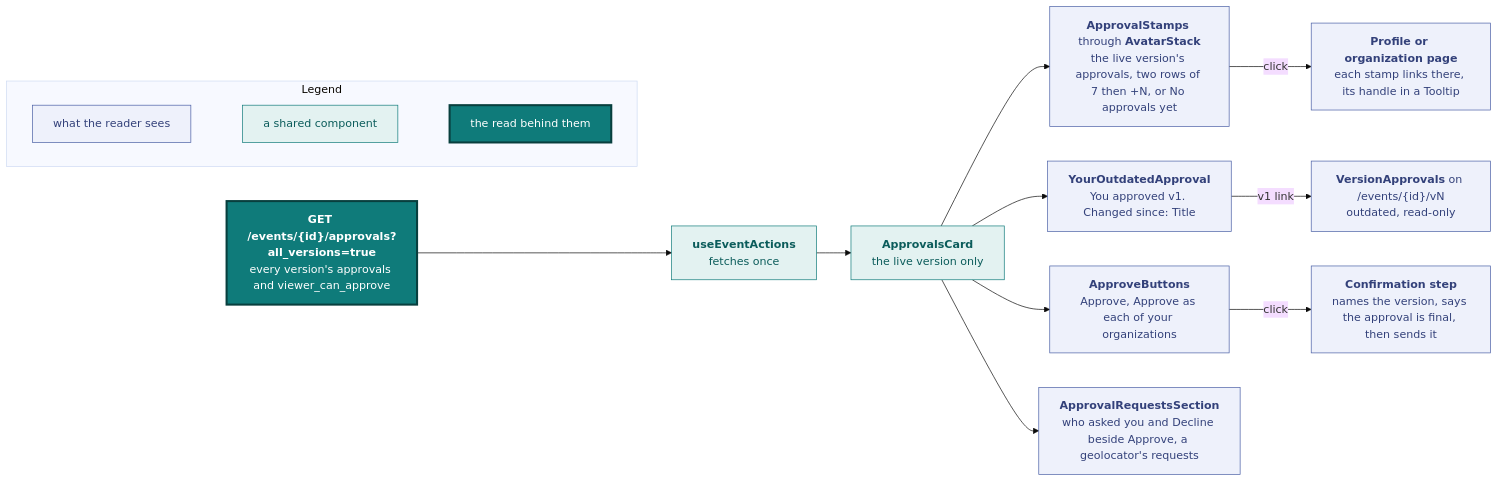
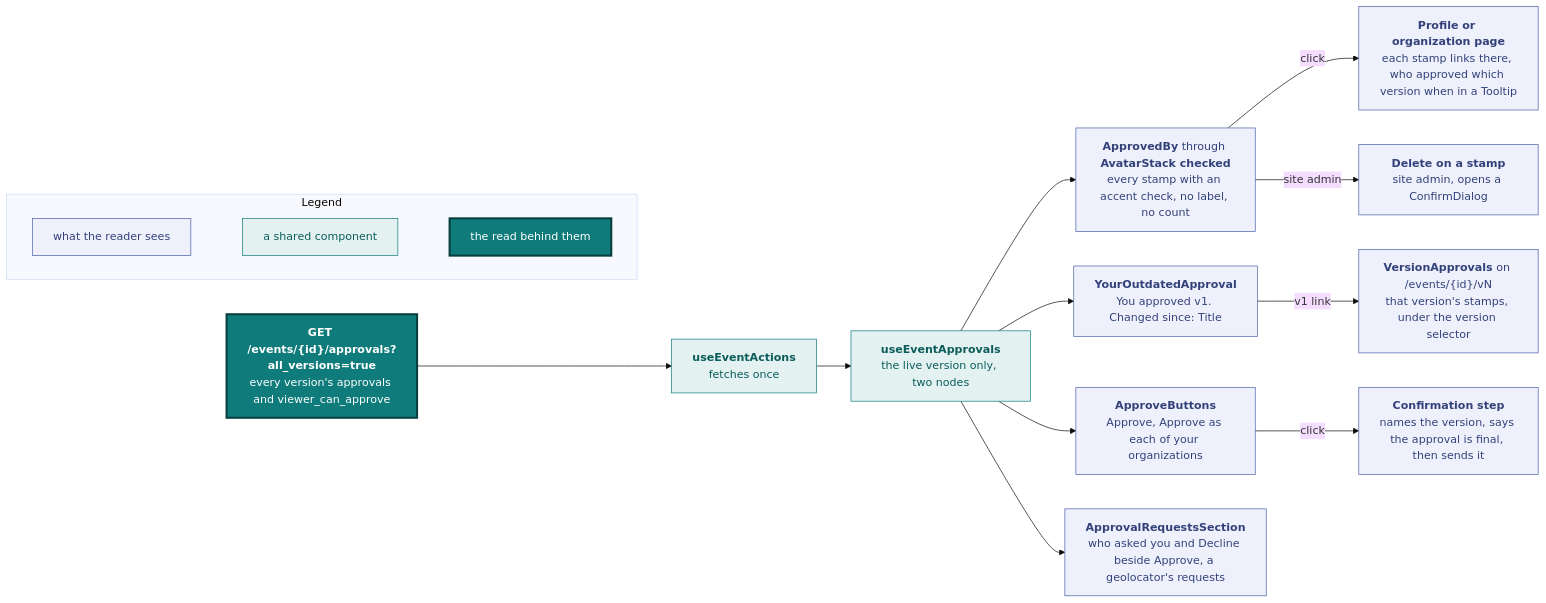
Before and after one commit to vidithq/vidit: the eighth of 13 diagrams in docs/design.md, drawn with Mermaid (base theme). The commit also changed other lines of this file and 23 other files, not shown here.

First line of the commit message:
feat(frontend): show approvals under the event actions without a card

````diff
--- a/docs/design.md
+++ b/docs/design.md
@@ -820,44 +824,47 @@
 ```mermaid
 flowchart LR
   classDef spec fill:#eef1fb,stroke:#4a5fa5,color:#33417a
   classDef shared fill:#e3f2f1,stroke:#0f7b7a,color:#0b5c5b
   classDef core fill:#0f7b7a,stroke:#083f3e,stroke-width:3px,color:#ffffff
 
   subgraph legend [Legend]
     direction LR
     l1["`what the reader sees`"]:::spec
     l2["`a shared component`"]:::shared
     l3["`the read behind them`"]:::core
     l1 ~~~ l2 ~~~ l3
   end
 
   read["`**GET /events/{id}/approvals?all_versions=true**
   every version's approvals and viewer_can_approve`"]:::core
   hook["`**useEventActions**
   fetches once`"]:::shared
-  card["`**ApprovalsCard**
-  the live version only`"]:::shared
-  stamps["`**ApprovalStamps** through **AvatarStack**
-  the live version's approvals, two rows of 7 then +N, or No approvals yet`"]:::spec
+  card["`**useEventApprovals**
+  the live version only, two nodes`"]:::shared
+  stamps["`**ApprovedBy** through **AvatarStack checked**
+  every stamp with an accent check, no label, no count`"]:::spec
   page["`**Profile or organization page**
-  each stamp links there, its handle in a Tooltip`"]:::spec
+  each stamp links there, who approved which version when in a Tooltip`"]:::spec
   own["`**YourOutdatedApproval**
   You approved v1. Changed since: Title`"]:::spec
   approve["`**ApproveButtons**
   Approve, Approve as each of your organizations`"]:::spec
   confirm["`**Confirmation step**
   names the version, says the approval is final, then sends it`"]:::spec
   requests["`**ApprovalRequestsSection**
   who asked you and Decline beside Approve, a geolocator's requests`"]:::spec
+  remove["`**Delete on a stamp**
+  site admin, opens a ConfirmDialog`"]:::spec
   vn["`**VersionApprovals** on /events/{id}/vN
-  outdated, read-only`"]:::spec
+  that version's stamps, under the version selector`"]:::spec
 
   read --> hook --> card
   card --> stamps
   card --> own
   card --> approve
   card --> requests
   stamps -->|"click"| page
+  stamps -->|"site admin"| remove
   approve -->|"click"| confirm
   own -->|"v1 link"| vn
 ```
````
